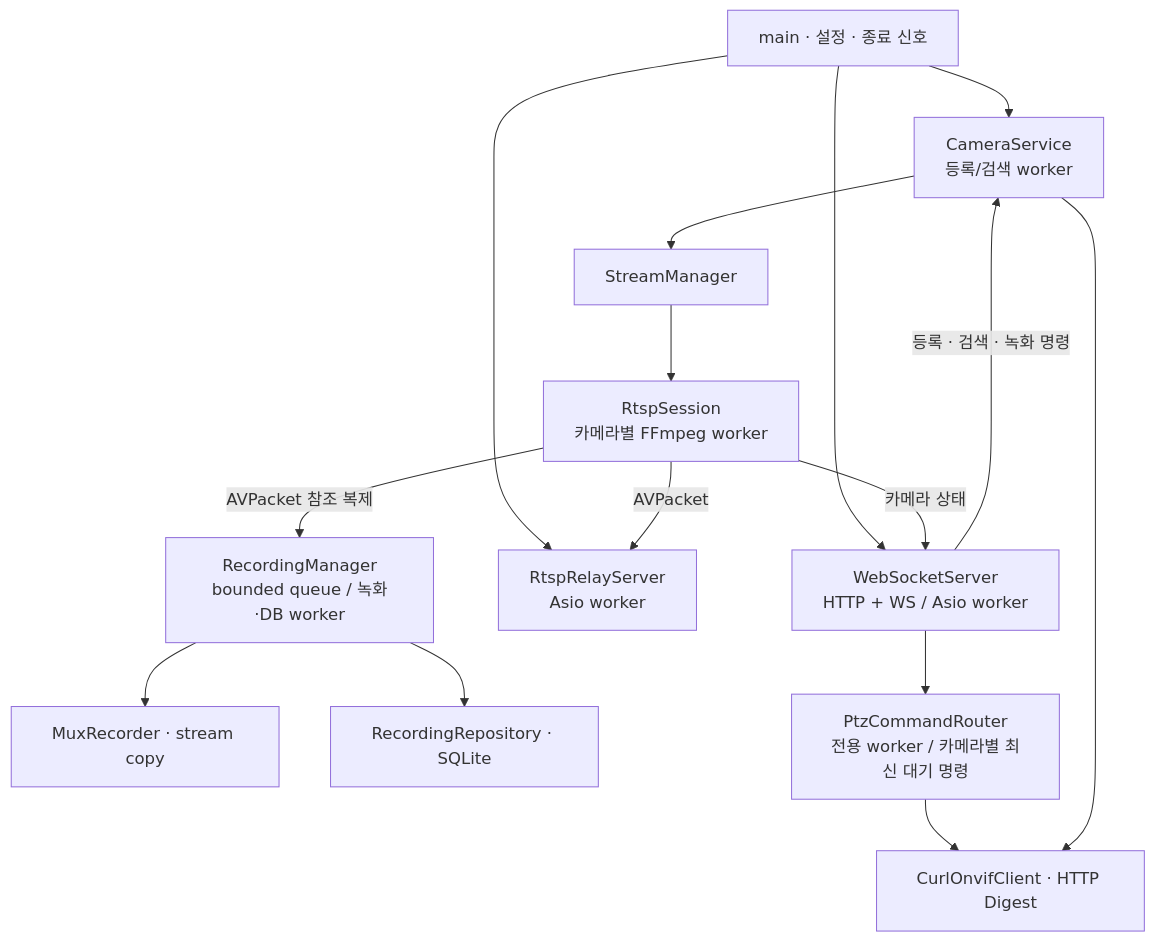
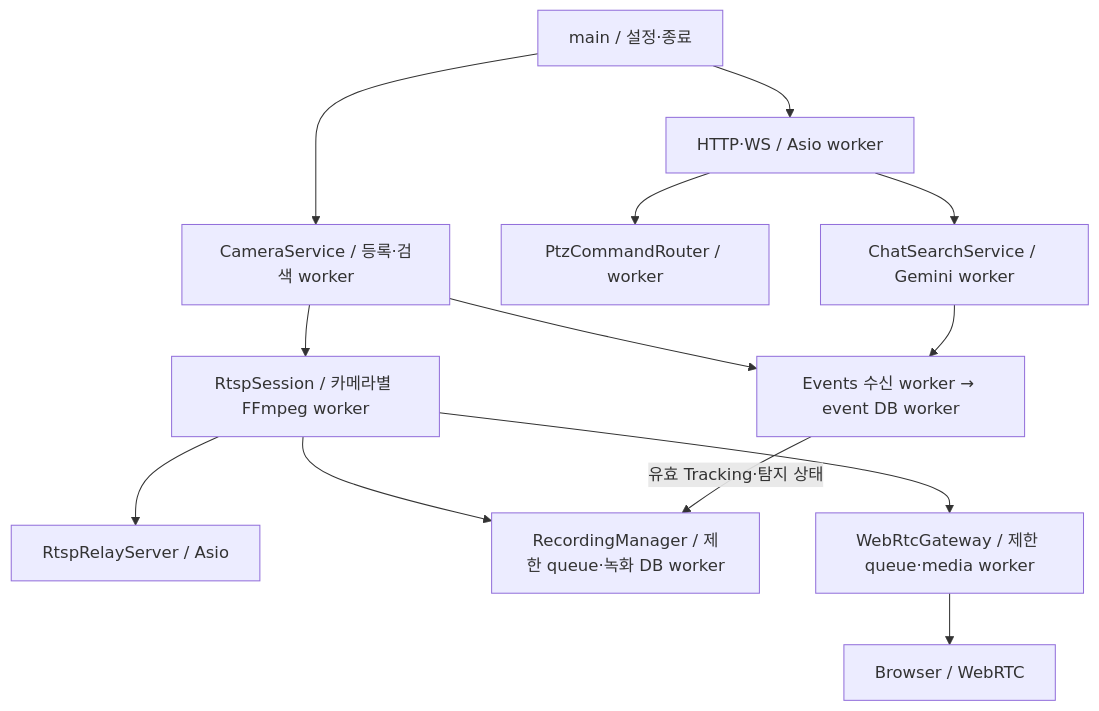
The second of 2 diagrams in README.md (PTZ-CAMERA/PTZ_VMS_Server), drawn with Mermaid before and after one commit. The commit also changed other lines of this file and 29 other files, not shown here.

Commit message:
Update system integration, native WebRTC, recording readiness and READMEs

````diff
--- a/README.md
+++ b/README.md
@@ -56,17 +50,15 @@
 ```mermaid
 flowchart TD
-    Main["main · 설정 · 종료 신호"] --> Camera["CameraService<br/>등록/검색 worker"]
-    Main --> API["WebSocketServer<br/>HTTP + WS / Asio worker"]
-    Main --> Relay["RtspRelayServer<br/>Asio worker"]
-    API -->|"등록 · 검색 · 녹화 명령"| Camera
-    Camera --> Stream["StreamManager"]
-    Stream --> RTSP["RtspSession<br/>카메라별 FFmpeg worker"]
-    RTSP -->|"AVPacket"| Relay
-    RTSP -->|"AVPacket 참조 복제"| Rec["RecordingManager<br/>bounded queue / 녹화·DB worker"]
-    Rec --> Mux["MuxRecorder · stream copy"]
-    Rec --> Repo["RecordingRepository · SQLite"]
-    API --> PTZ["PtzCommandRouter<br/>전용 worker / 카메라별 최신 대기 명령"]
-    PTZ --> SOAP["CurlOnvifClient · HTTP Digest"]
-    Camera --> SOAP
-    RTSP -->|"카메라 상태"| API
+    Main["main / 설정·종료"] --> API["HTTP·WS / Asio worker"]
+    Main --> Camera["CameraService / 등록·검색 worker"]
+    Camera --> Stream["RtspSession / 카메라별 FFmpeg worker"]
+    Stream --> Relay["RtspRelayServer / Asio"]
+    Stream --> Rec["RecordingManager / 제한 queue·녹화 DB worker"]
+    Stream --> RTC["WebRtcGateway / 제한 queue·media worker"]
+    API --> PTZ["PtzCommandRouter / worker"]
+    Camera --> Event["Events 수신 worker → event DB worker"]
+    API --> Chat["ChatSearchService / Gemini worker"]
+    Chat --> Event
+    Event -->|유효 Tracking·탐지 상태| Rec
+    RTC --> Browser["Browser / WebRTC"]
 ```
````
